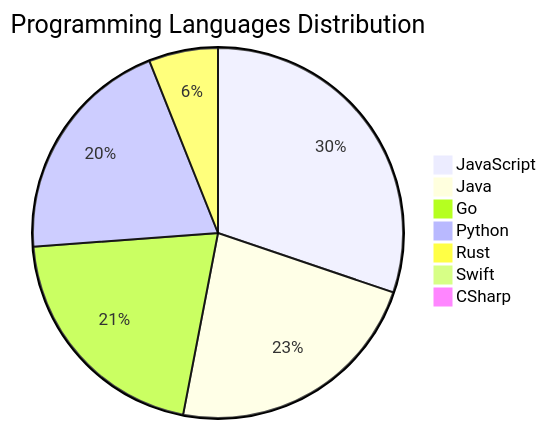
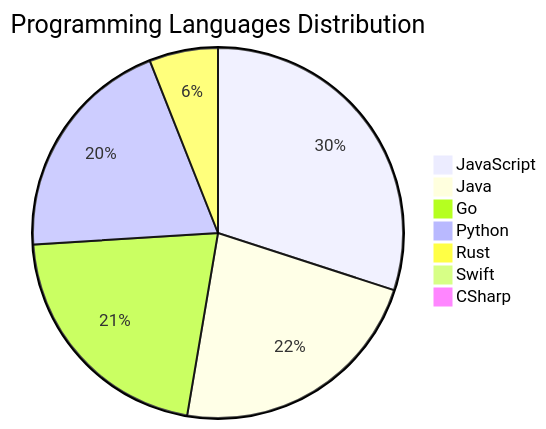
The diagram in README.md (Derrick-MUGISHA/github-activity-bot), drawn with Mermaid before and after one commit. The commit also changed other lines of this file and 4 other files, not shown here.

````diff
--- a/README.md
+++ b/README.md
@@ -207,10 +207,10 @@
 ```mermaid
 pie title Programming Languages Distribution
     "JavaScript" : 45
     "Java" : 34
-    "Go" : 31
+    "Go" : 32
     "Python" : 30
     "Rust" : 9
     "Swift" : 1
     "CSharp" : 1
 ```
````
